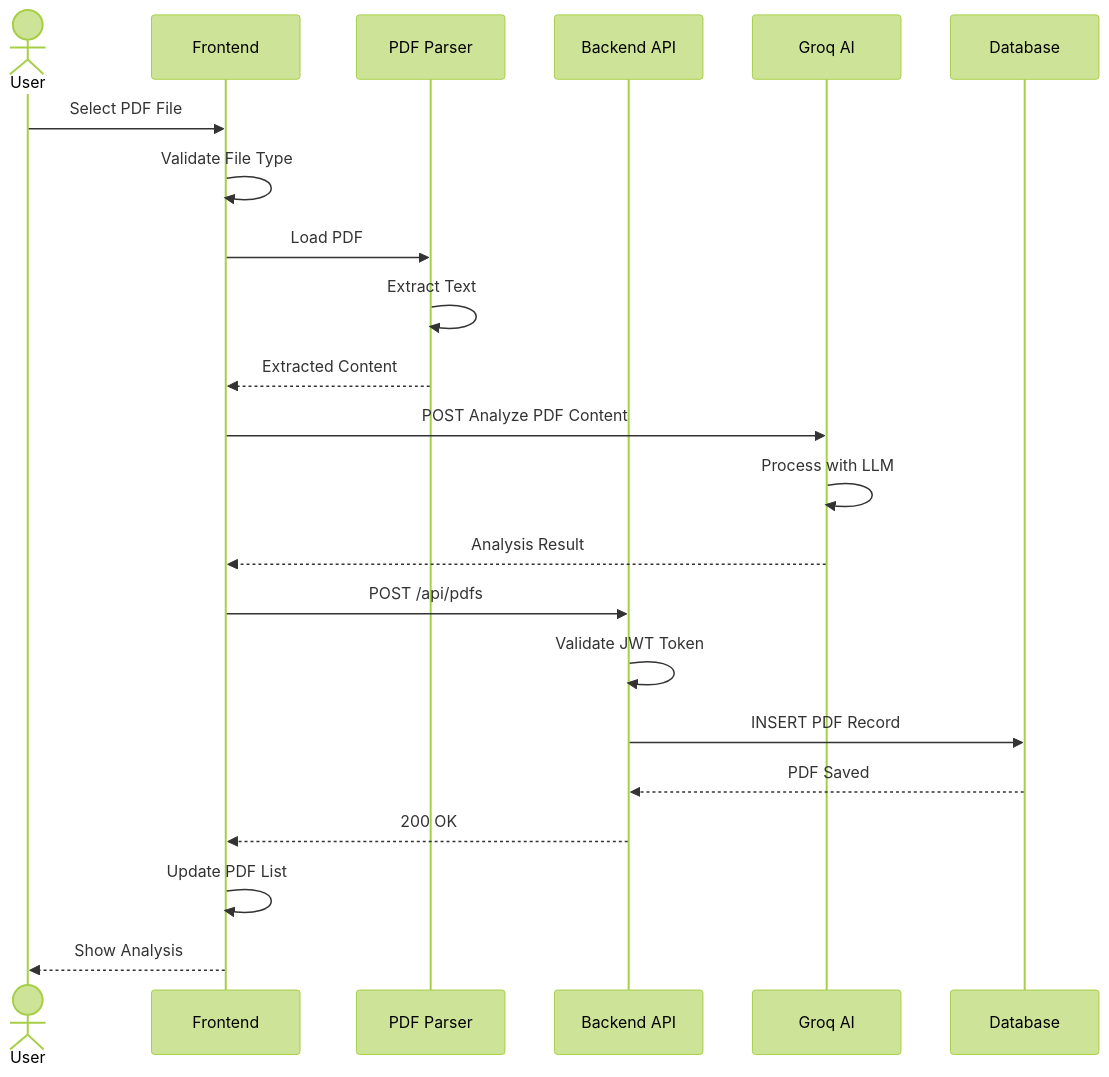
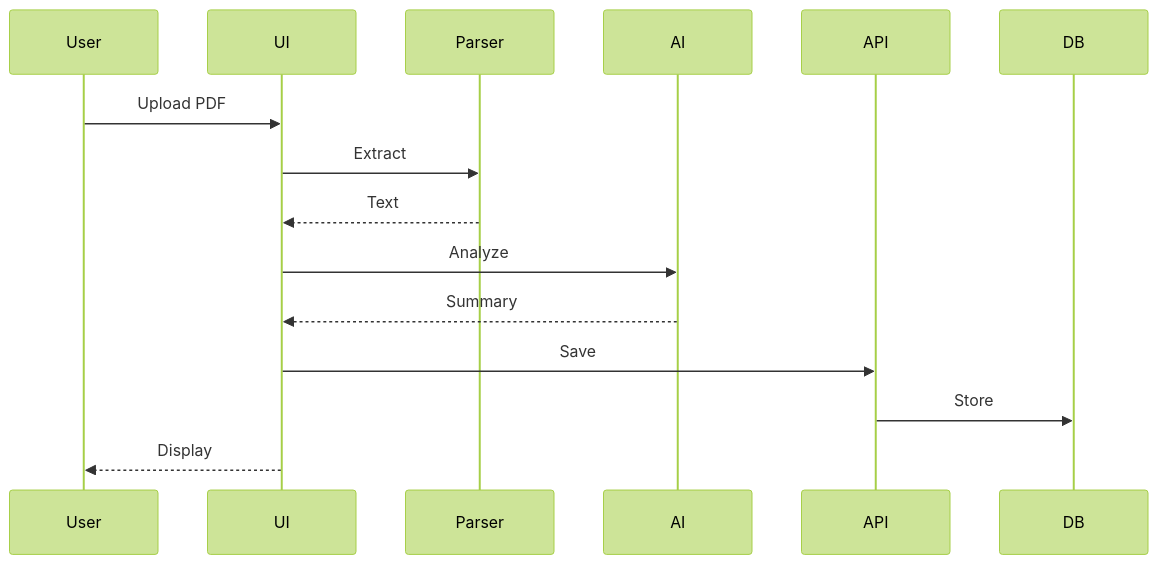
Before and after one commit to Arshi9214/News-Aggregator-and-Analysis: diagram 13 of 14 in README.md, drawn with Mermaid (forest theme). The commit also changed other lines of this file, not shown here.

````diff
--- a/README.md
+++ b/README.md
@@ -690,28 +381,11 @@
 ```mermaid
 sequenceDiagram
-    actor User
-    participant UI as Frontend
-    participant Parser as PDF Parser
-    participant API as Backend API
-    participant AI as Groq AI
-    participant DB as Database
-    
-    User->>UI: Select PDF File
-    UI->>UI: Validate File Type
-    UI->>Parser: Load PDF
-    Parser->>Parser: Extract Text
-    Parser-->>UI: Extracted Content
-    
-    UI->>AI: POST Analyze PDF Content
-    AI->>AI: Process with LLM
-    AI-->>UI: Analysis Result
-    
-    UI->>API: POST /api/pdfs
-    API->>API: Validate JWT Token
-    API->>DB: INSERT PDF Record
-    DB-->>API: PDF Saved
-    API-->>UI: 200 OK
-    
-    UI->>UI: Update PDF List
-    UI-->>User: Show Analysis
+    User->>UI: Upload PDF
+    UI->>Parser: Extract
+    Parser-->>UI: Text
+    UI->>AI: Analyze
+    AI-->>UI: Summary
+    UI->>API: Save
+    API->>DB: Store
+    UI-->>User: Display
 ```
````
